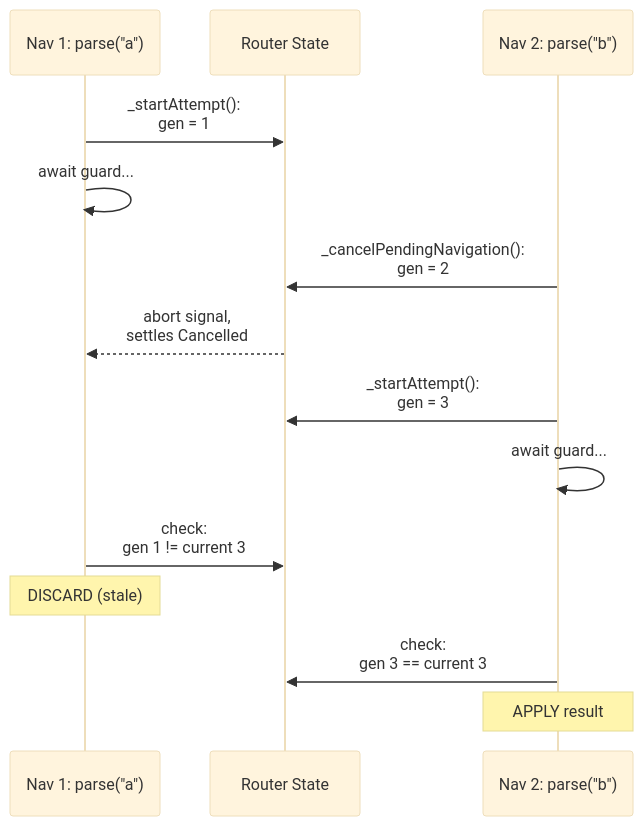
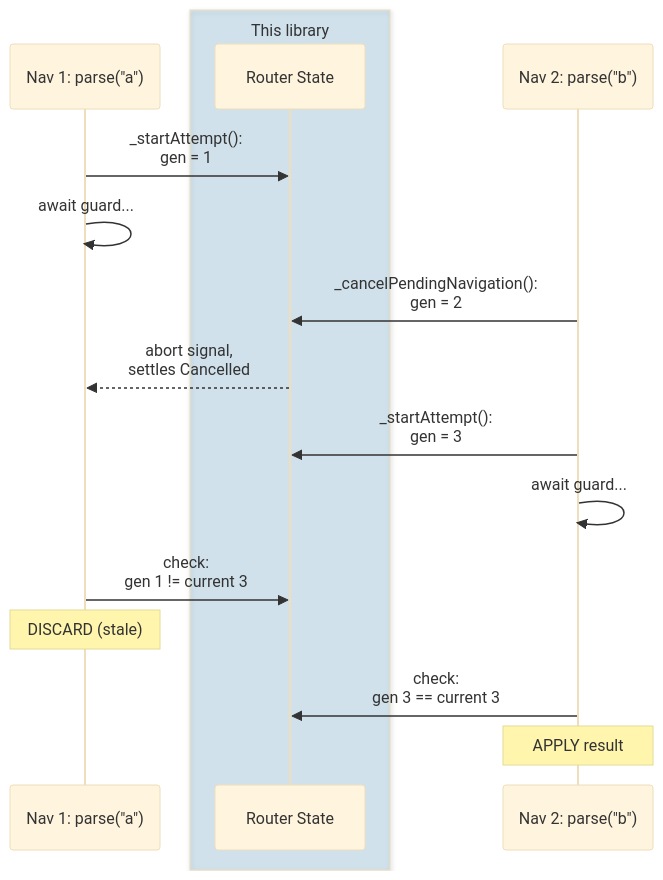
The sixth of 10 diagrams in docs/reference/architecture.md (wridgeu/ui5-lib-guard-router), drawn with Mermaid (base theme) before and after one commit. The commit also changed other lines of this file and 10 other files, not shown here.

````diff
--- a/docs/reference/architecture.md
+++ b/docs/reference/architecture.md
@@ -709,16 +712,18 @@
 ```mermaid
 sequenceDiagram
     participant Nav1 as Nav 1: parse("a")
+    box rgba(0, 114, 178, 0.15) This library
     participant Router as Router State
+    end
     participant Nav2 as Nav 2: parse("b")
     Nav1->>Router: _startAttempt():<br/>gen = 1
     Nav1->>Nav1: await guard...
     Nav2->>Router: _cancelPendingNavigation():<br/>gen = 2
     Router-->>Nav1: abort signal,<br/>settles Cancelled
     Nav2->>Router: _startAttempt():<br/>gen = 3
     Nav2->>Nav2: await guard...
     Nav1->>Router: check:<br/>gen 1 != current 3
     Note over Nav1: DISCARD (stale)
     Nav2->>Router: check:<br/>gen 3 == current 3
     Note over Nav2: APPLY result
 ```
````
